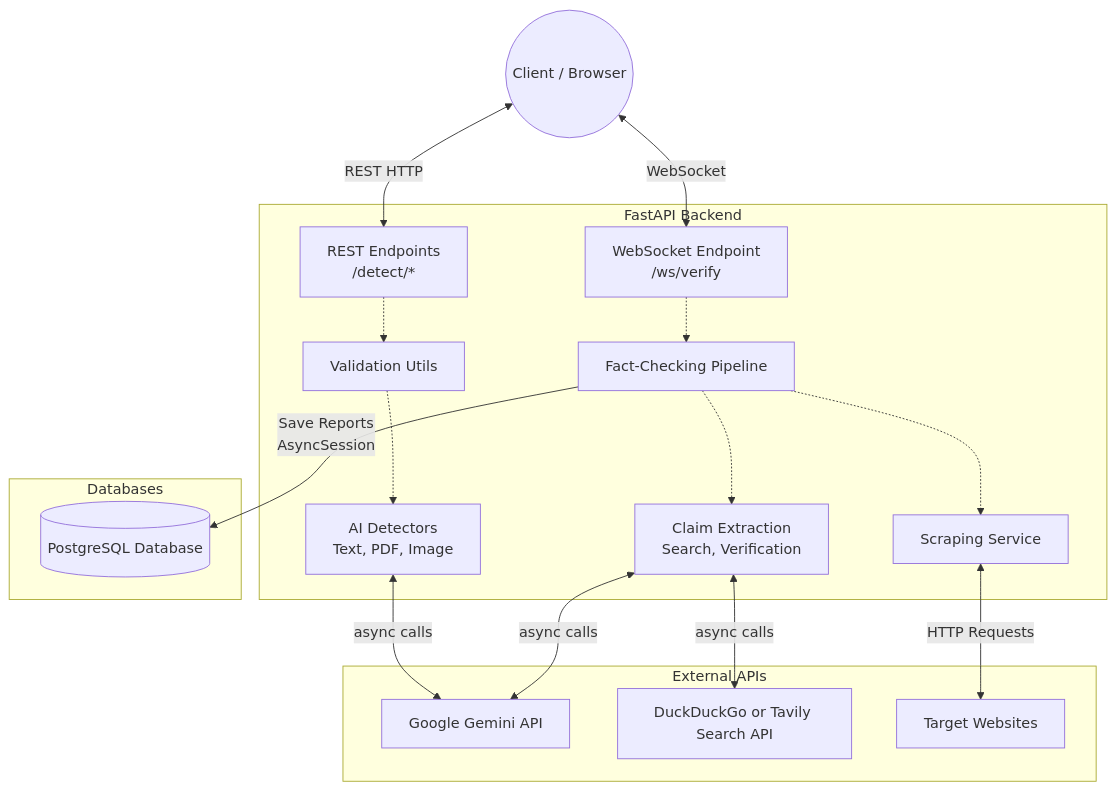
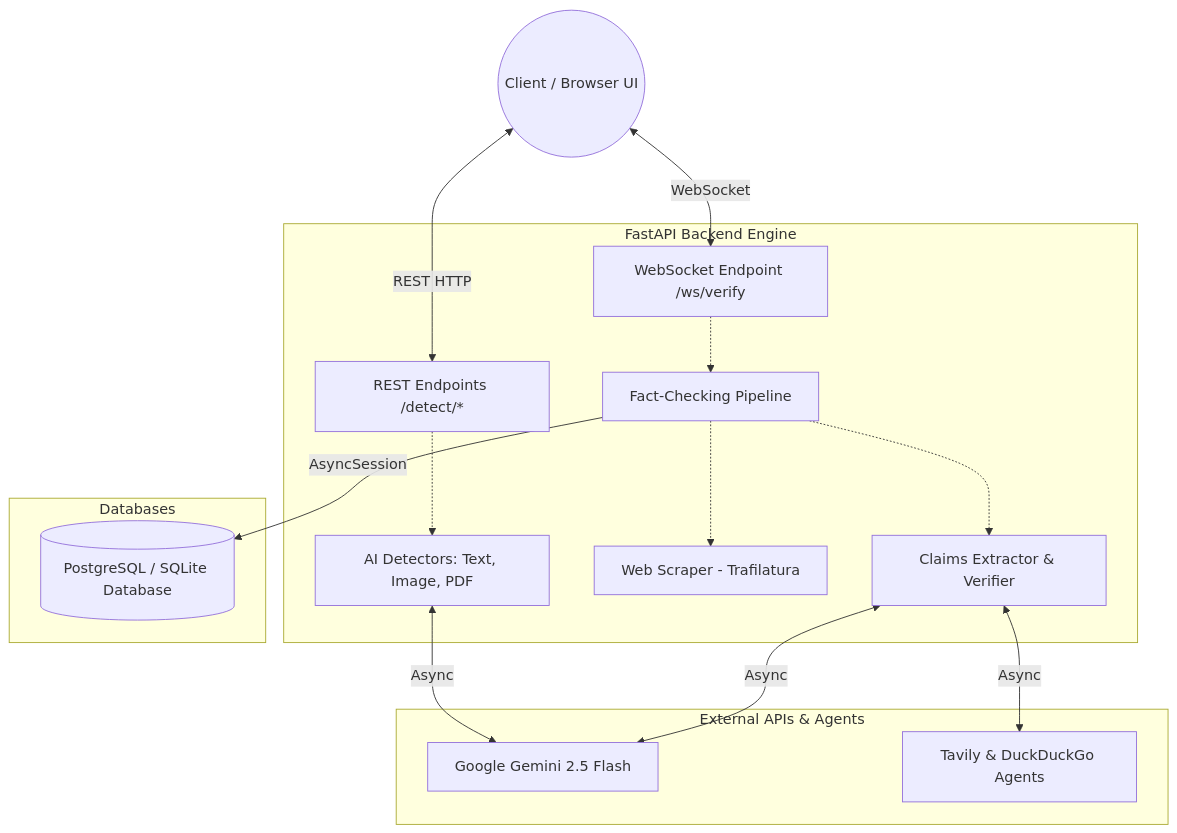
One commit to udaynarayansingh725/Ai-Claim-Verification changed the diagram in README.md. Above: the diagram before and after it, drawn with Mermaid. The commit also changed other lines of this file, not shown here.

Commit message:
Update README.md with project overview, live deployment URLs, API endpoints table, setup guide, and system architecture

````diff
--- a/README.md
+++ b/README.md
@@ -104,24 +104,22 @@
 ```mermaid
 graph TD
-    Client((Client / Browser)) <-->|WebSocket| WS[WebSocket Endpoint <br> /ws/verify]
-    Client <-->|REST HTTP| REST[REST Endpoints <br> /detect/*]
+    Client((Client / Browser UI)) <-->|WebSocket| WS[WebSocket Endpoint /ws/verify]
+    Client <-->|REST HTTP| REST[REST Endpoints /detect/*]
     
-    subgraph FastAPI Backend
+    subgraph FastAPI Backend Engine
         WS -.-> PipelineService[Fact-Checking Pipeline]
-        REST -.-> ValidationLayer[Validation Utils]
-        ValidationLayer -.-> AIDetectors[AI Detectors <br> Text, PDF, Image]
-        PipelineService -.-> ScraperLayer[Scraping Service]
-        PipelineService -.-> FactCheckServices[Claim Extraction <br> Search, Verification]
-    end
-    
-    subgraph Databases
-        PipelineService -->|Save Reports <br> AsyncSession| Postgres[(PostgreSQL Database)]
+        REST -.-> AIDetectors[AI Detectors: Text, Image, PDF]
+        PipelineService -.-> ScraperLayer[Web Scraper - Trafilatura]
+        PipelineService -.-> FactCheckServices[Claims Extractor & Verifier]
     end
 
-    subgraph External APIs
-        AIDetectors <-->|async calls| GeminiAPI[Google Gemini API]
-        FactCheckServices <-->|async calls| GeminiAPI
-        FactCheckServices <-->|async calls| SearchAPI[DuckDuckGo or Tavily Search API]
-        ScraperLayer <-->|HTTP Requests| TargetSites[Target Websites]
+    subgraph Databases
+        PipelineService -->|AsyncSession| DB[(PostgreSQL / SQLite Database)]
+    end
+
+    subgraph External APIs & Agents
+        AIDetectors <-->|Async| GeminiAPI[Google Gemini 2.5 Flash]
+        FactCheckServices <-->|Async| GeminiAPI
+        FactCheckServices <-->|Async| SearchAPI[Tavily & DuckDuckGo Agents]
     end
 ```
````
